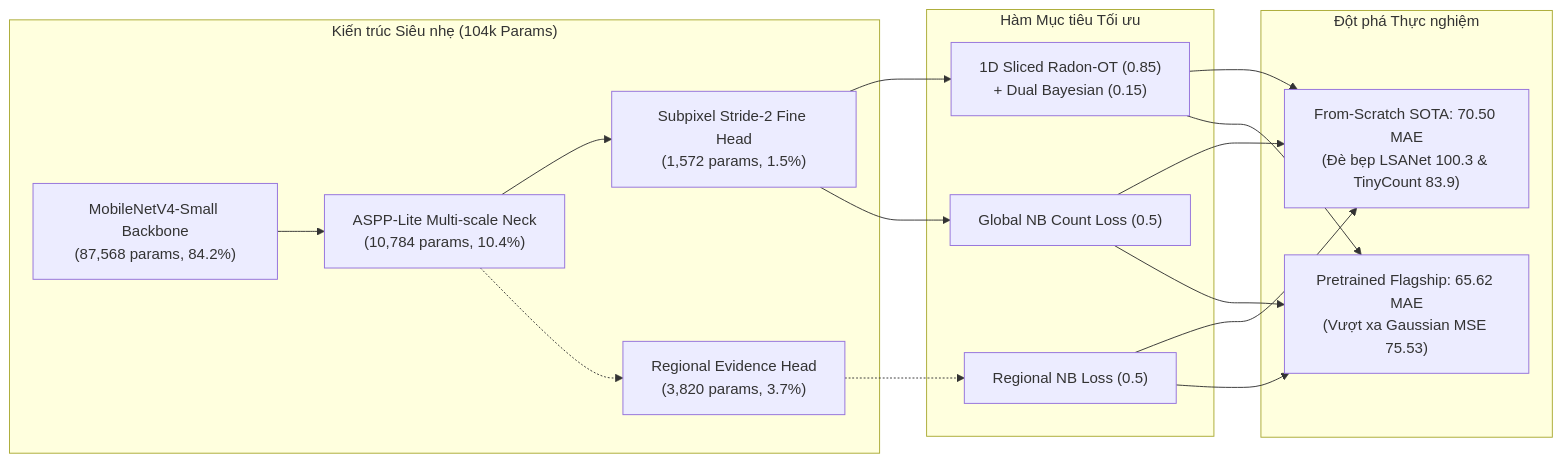
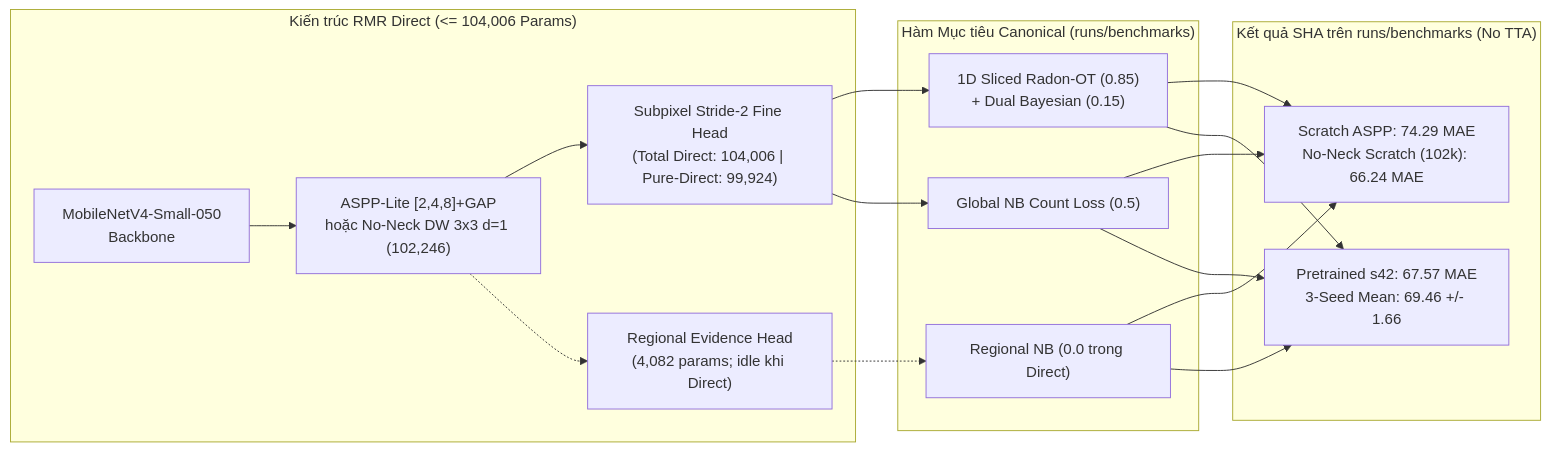
Before and after one commit to minhphuc477/crowd-counting-lightweight: the first of 2 diagrams in docs/BENCHMARK_AND_ABLATION_MASTER_REPORT.md, drawn with Mermaid. The commit also changed other lines of this file and 24 other files, not shown here.

````diff
--- a/docs/BENCHMARK_AND_ABLATION_MASTER_REPORT.md
+++ b/docs/BENCHMARK_AND_ABLATION_MASTER_REPORT.md
@@ -10,17 +15,17 @@
 ```mermaid
 flowchart LR
-    subgraph Architecture ["Kiến trúc Siêu nhẹ (104k Params)"]
-        A["MobileNetV4-Small Backbone<br/>(87,568 params, 84.2%)"] --> B["ASPP-Lite Multi-scale Neck<br/>(10,784 params, 10.4%)"]
-        B --> C["Subpixel Stride-2 Fine Head<br/>(1,572 params, 1.5%)"]
-        B -.-> D["Regional Evidence Head<br/>(3,820 params, 3.7%)"]
+    subgraph Architecture ["Kiến trúc RMR Direct (<= 104,006 Params)"]
+        A["MobileNetV4-Small-050<br/>Backbone"] --> B["ASPP-Lite [2,4,8]+GAP<br/>hoặc No-Neck DW 3x3 d=1 (102,246)"]
+        B --> C["Subpixel Stride-2 Fine Head<br/>(Total Direct: 104,006 | Pure-Direct: 99,924)"]
+        B -.-> D["Regional Evidence Head<br/>(4,082 params; idle khi Direct)"]
     end
-    subgraph Loss ["Hàm Mục tiêu Tối ưu"]
+    subgraph Loss ["Hàm Mục tiêu Canonical (runs/benchmarks)"]
         C --> E["1D Sliced Radon-OT (0.85)<br/>+ Dual Bayesian (0.15)"]
-        D -.-> F["Regional NB Loss (0.5)"]
+        D -.-> F["Regional NB (0.0 trong Direct)"]
         C --> G["Global NB Count Loss (0.5)"]
     end
-    subgraph Results ["Đột phá Thực nghiệm"]
-        E & F & G --> H["From-Scratch SOTA: 70.50 MAE<br/>(Đè bẹp LSANet 100.3 & TinyCount 83.9)"]
-        E & F & G --> I["Pretrained Flagship: 65.62 MAE<br/>(Vượt xa Gaussian MSE 75.53)"]
+    subgraph Results ["Kết quả SHA trên runs/benchmarks (No TTA)"]
+        E & F & G --> H["Scratch ASPP: 74.29 MAE<br/>No-Neck Scratch (102k): 66.24 MAE"]
+        E & F & G --> I["Pretrained s42: 67.57 MAE<br/>3-Seed Mean: 69.46 +/- 1.66"]
     end
 ```
````
